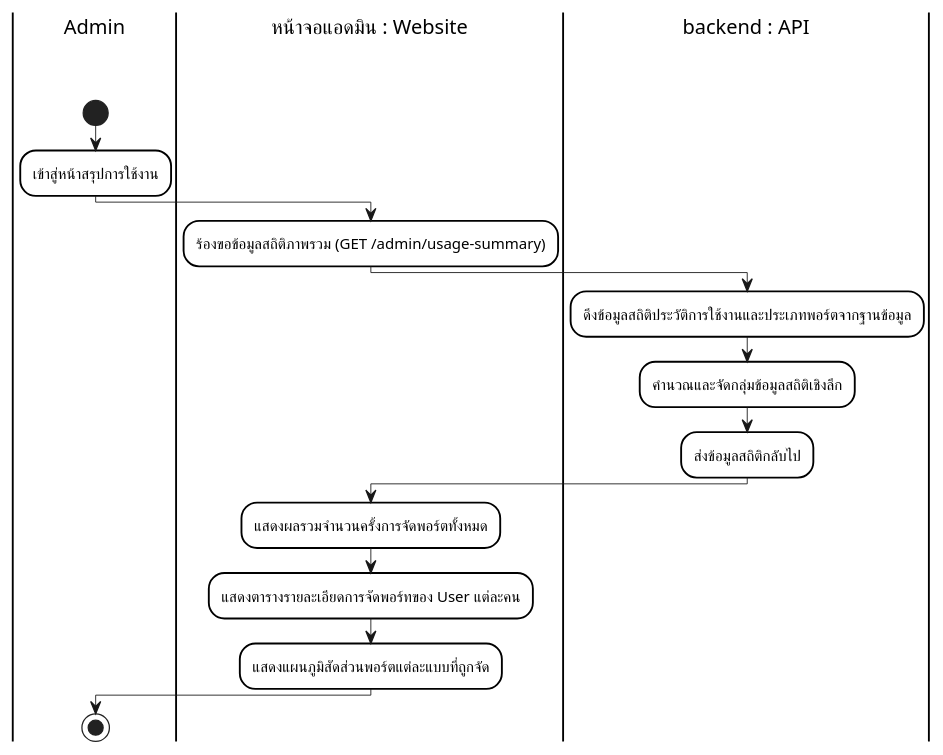
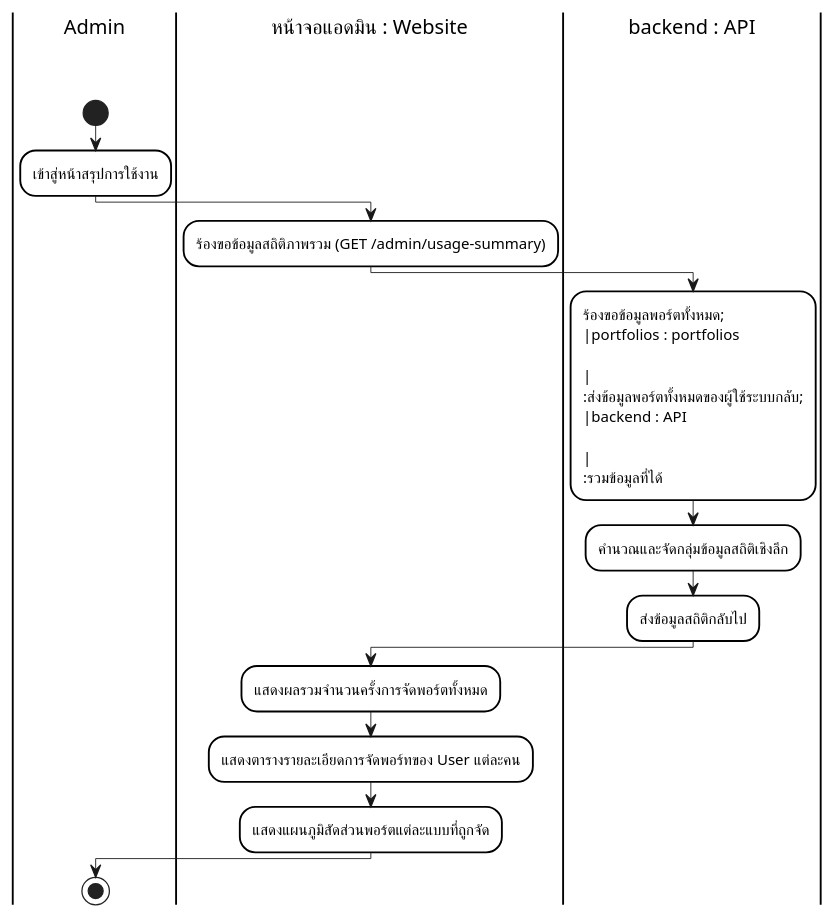
One commit to Anatta-at/my-portfolio-app changed diagram 14 of 15 in docs/diagrams/plantuml_source/plantuml_activity_diagrams.md. Above: the diagram before and after it, drawn with PlantUML. The commit also changed other lines of this file and 20 other files, not shown here.

Commit message:
docs: Update diagrams to use specific DB table swimlanes and participants based on new schema

````diff
--- a/docs/diagrams/plantuml_source/plantuml_activity_diagrams.md
+++ b/docs/diagrams/plantuml_source/plantuml_activity_diagrams.md
@@ -602,37 +602,37 @@
 ```plantuml
 @startuml
 skinparam monochrome true
 skinparam shadowing false
 skinparam backgroundcolor white
 skinparam ranksep 50
 
 skinparam SwimlaneBorderColor black
 skinparam SwimlaneBorderThickness 1.5
 skinparam SwimlaneBackgroundColor white
 skinparam SwimlaneTitleBackgroundColor white
 skinparam SwimlaneTitleFontColor black
 skinparam SwimlaneTitleFontSize 16
 skinparam SwimlaneTitleFontName Arial
 
 skinparam ActivityBackgroundColor white
 skinparam ActivityBorderColor black
 skinparam ActivityBorderThickness 1.5
 skinparam ArrowThickness 0.7
 
 |Admin\n\n|
 start
 :เข้าสู่หน้าสรุปการใช้งาน;
 |หน้าจอแอดมิน : Website\n\n|
 :ร้องขอข้อมูลสถิติภาพรวม (GET /admin/usage-summary);
 |backend : API\n\n|
-:ดึงข้อมูลสถิติประวัติการใช้งานและประเภทพอร์ตจากฐานข้อมูล;
+:ร้องขอข้อมูลพอร์ตทั้งหมด;\n|portfolios : portfolios\n\n|\n:ส่งข้อมูลพอร์ตทั้งหมดของผู้ใช้ระบบกลับ;\n|backend : API\n\n|\n:รวมข้อมูลที่ได้;
 :คำนวณและจัดกลุ่มข้อมูลสถิติเชิงลึก;
 :ส่งข้อมูลสถิติกลับไป;
 |หน้าจอแอดมิน : Website\n\n|
 :แสดงผลรวมจำนวนครั้งการจัดพอร์ตทั้งหมด;
 :แสดงตารางรายละเอียดการจัดพอร์ทของ User แต่ละคน;
 :แสดงแผนภูมิสัดส่วนพอร์ตแต่ละแบบที่ถูกจัด;
 |Admin\n\n|
 stop
 @enduml
 ```
````
